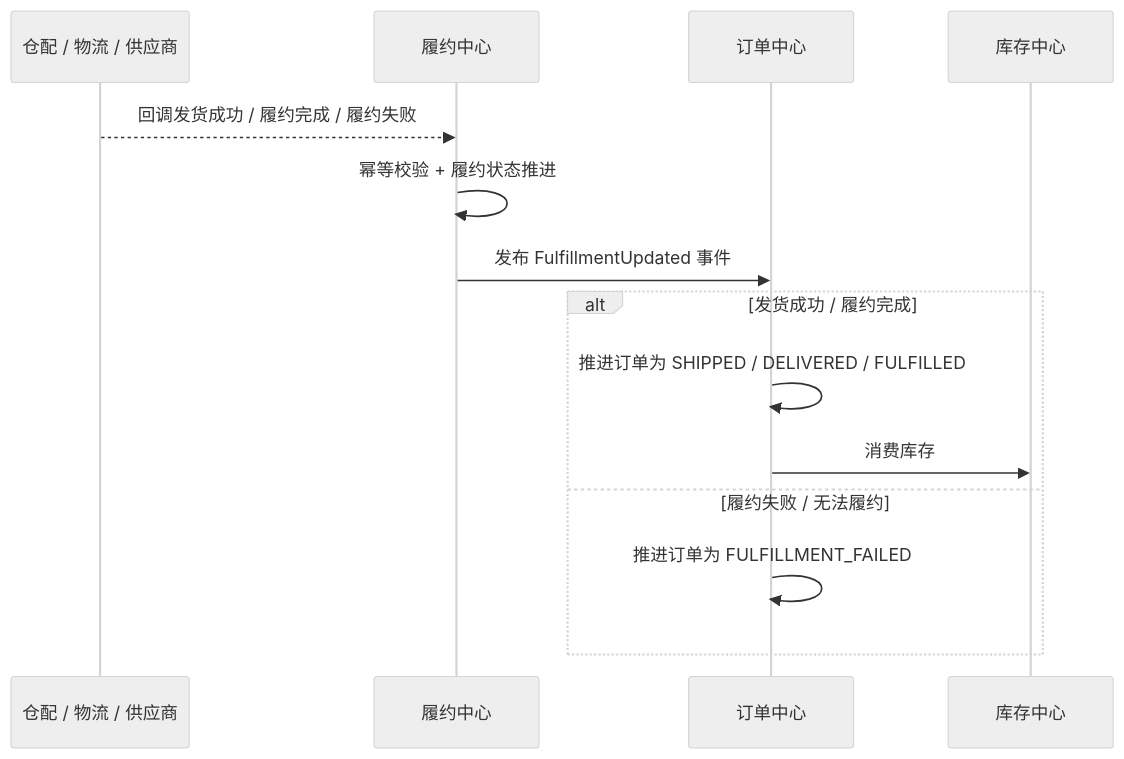
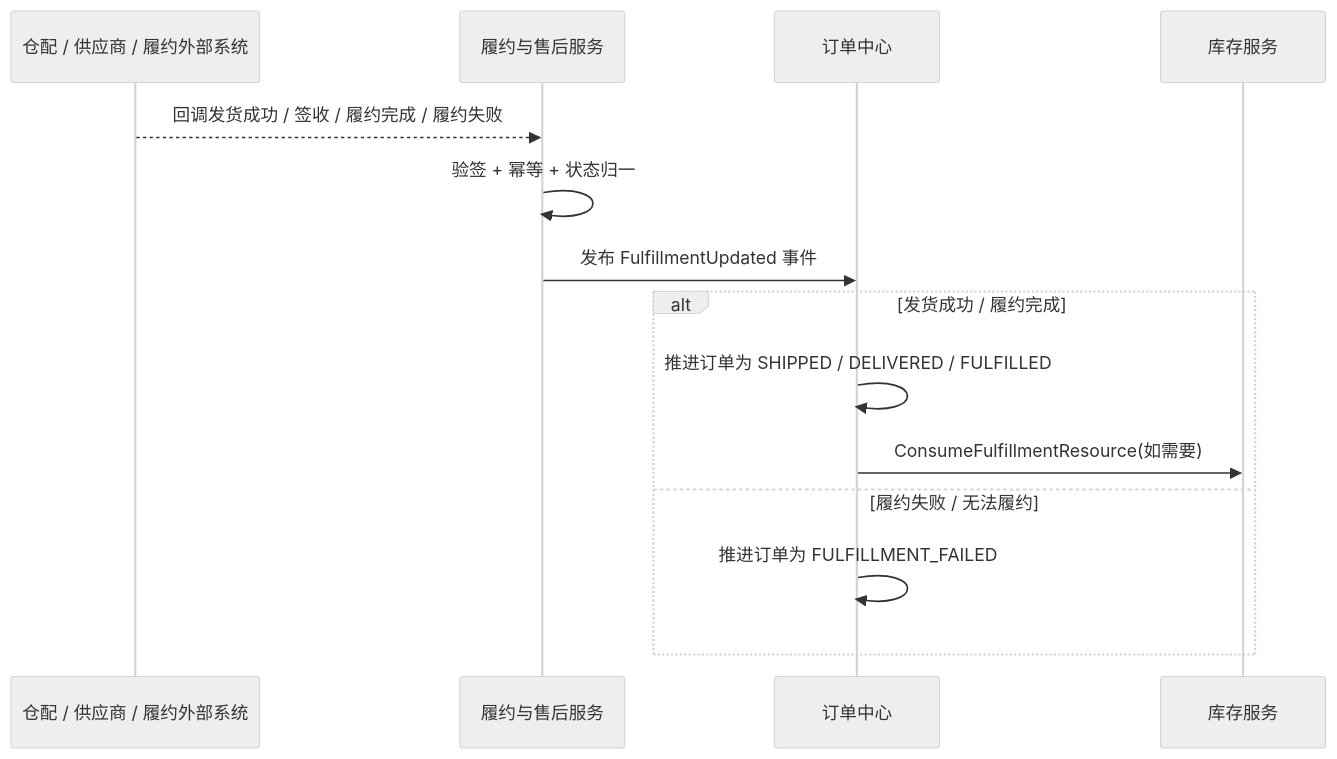
Diagram 12 of 14 in books/system-design-architecture-book/src/part02/13-ecommerce-customer-lifecycle.md (wxquare/wxquare.github.io), drawn with Mermaid (neutral theme) before and after one commit. The commit also changed other lines of this file, not shown here.

````diff
--- a/books/system-design-architecture-book/src/part02/13-ecommerce-customer-lifecycle.md
+++ b/books/system-design-architecture-book/src/part02/13-ecommerce-customer-lifecycle.md
@@ -2125,17 +2283,17 @@
 ```mermaid
 sequenceDiagram
-    participant W as 仓配 / 物流 / 供应商
-    participant F as 履约中心
+    participant W as 仓配 / 供应商 / 履约外部系统
+    participant FA as 履约与售后服务
     participant O as 订单中心
-    participant IV as 库存中心
+    participant IV as 库存服务
 
-    W-->>F: 回调发货成功 / 履约完成 / 履约失败
-    F->>F: 幂等校验 + 履约状态推进
-    F->>O: 发布 FulfillmentUpdated 事件
+    W-->>FA: 回调发货成功 / 签收 / 履约完成 / 履约失败
+    FA->>FA: 验签 + 幂等 + 状态归一
+    FA->>O: 发布 FulfillmentUpdated 事件
     alt 发货成功 / 履约完成
         O->>O: 推进订单为 SHIPPED / DELIVERED / FULFILLED
-        O->>IV: 消费库存
+        O->>IV: ConsumeFulfillmentResource(如需要)
     else 履约失败 / 无法履约
         O->>O: 推进订单为 FULFILLMENT_FAILED
     end
 ```
````
